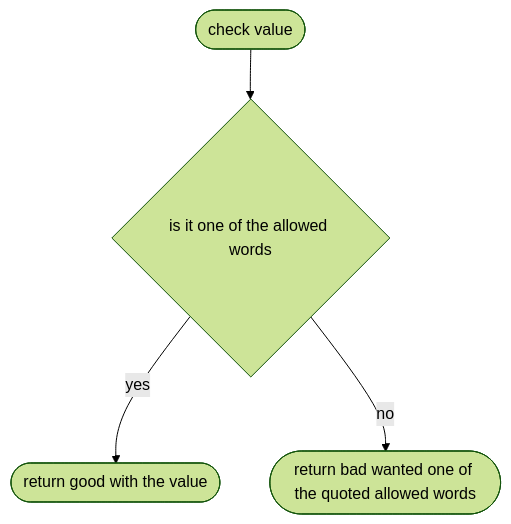
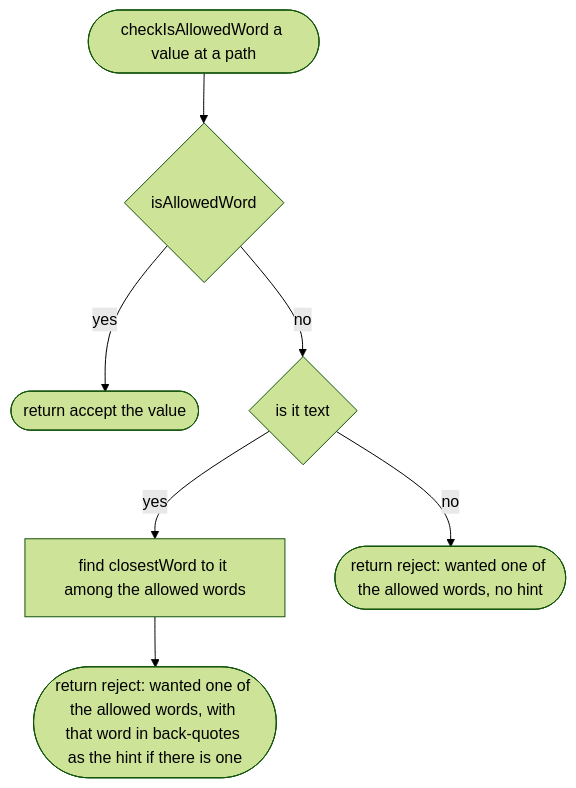
One commit to NewDara-Star/world-engine changed diagram 17 of 37 in docs/designs/src/place/parse.md. Above: the diagram before and after it, drawn with Mermaid (forest theme). The commit also changed other lines of this file and 9 other files, not shown here.

````diff
--- a/docs/designs/src/place/parse.md
+++ b/docs/designs/src/place/parse.md
@@ -155,10 +248,16 @@
 ```mermaid
 flowchart TD
-  s(["check value"])
-  a{"is it one of the allowed words"}
-  b(["return good with the value"])
-  c(["return bad wanted one of the quoted allowed words"])
+  s(["checkIsAllowedWord a value at a path"])
+  a{"isAllowedWord"}
+  b(["return accept the value"])
+  c{"is it text"}
+  d["find closestWord to it among the allowed words"]
+  e(["return reject: wanted one of the allowed words, with that word in back-quotes as the hint if there is one"])
+  f(["return reject: wanted one of the allowed words, no hint"])
   s --> a
   a -->|"yes"| b
   a -->|"no"| c
+  c -->|"yes"| d
+  c -->|"no"| f
+  d --> e
 ```
````
